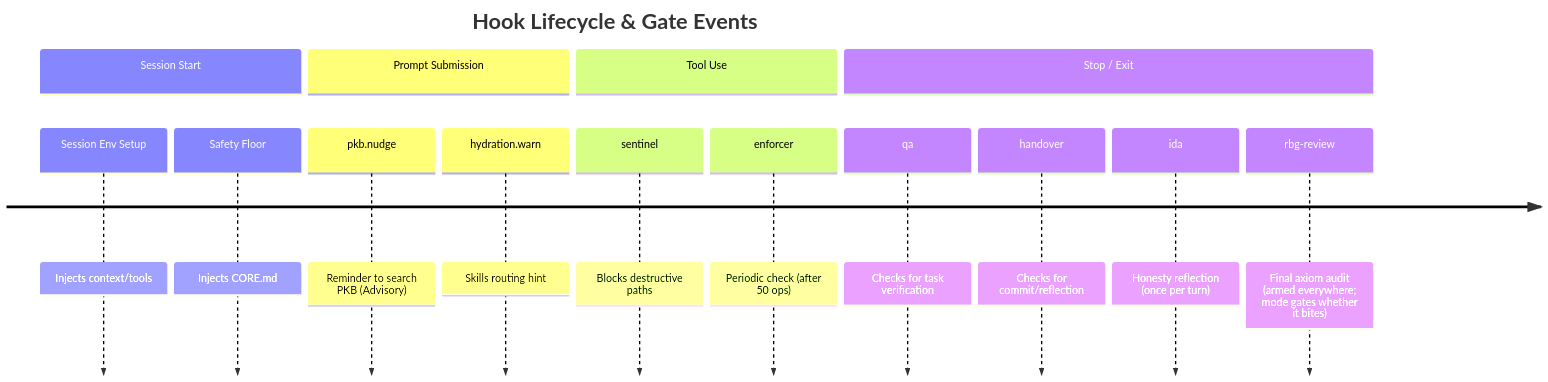
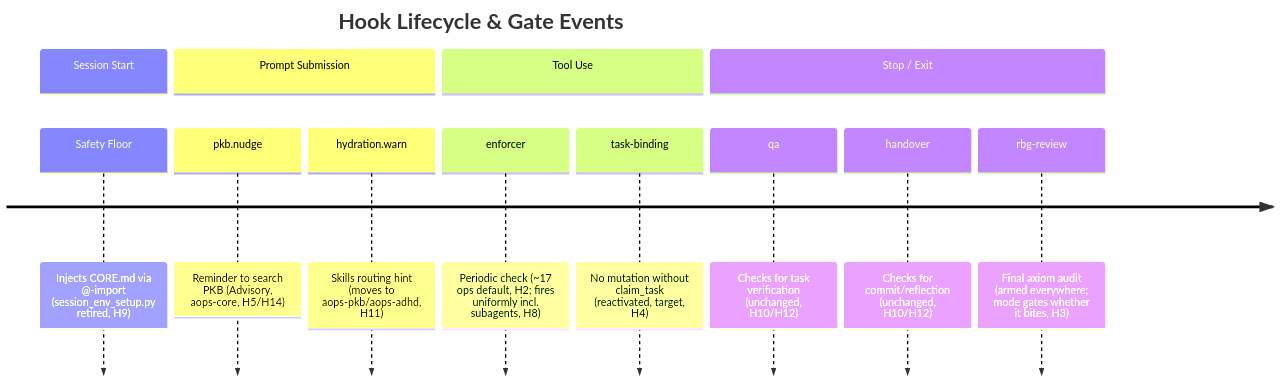
The diagram in specs/enforcement/GATES.md (nicsuzor/academicOps), drawn with Mermaid before and after one commit. The commit also changed other lines of this file and 4 other files, not shown here.

First line of the commit message:
spec(enforcement): redraft ENFORCEMENT-MAP/GATES/enforcement.md per hooks-disposition rulings H1–H18 (aops-3bcdc859)

````diff
--- a/specs/enforcement/GATES.md
+++ b/specs/enforcement/GATES.md
@@ -56,18 +57,16 @@
 ```mermaid
 timeline
     title Hook Lifecycle & Gate Events
     section Session Start
-        Session Env Setup : Injects context/tools
-        Safety Floor : Injects CORE.md
+        Safety Floor : Injects CORE.md via @-import (session_env_setup.py retired, H9)
     section Prompt Submission
-        pkb.nudge : Reminder to search PKB (Advisory)
-        hydration.warn : Skills routing hint
+        pkb.nudge : Reminder to search PKB (Advisory, aops-core, H5/H14)
+        hydration.warn : Skills routing hint (moves to aops-pkb/aops-adhd, H11)
     section Tool Use
-        sentinel : Blocks destructive paths
-        enforcer : Periodic check (after 50 ops)
+        enforcer : Periodic check (~17 ops default, H2; fires uniformly incl. subagents, H8)
+        task-binding : No mutation without claim_task (reactivated, target, H4)
     section Stop / Exit
-        qa : Checks for task verification
-        handover : Checks for commit/reflection
-        ida : Honesty reflection (once per turn)
-        rbg-review : Final axiom audit (armed everywhere; mode gates whether it bites)
+        qa : Checks for task verification (unchanged, H10/H12)
+        handover : Checks for commit/reflection (unchanged, H10/H12)
+        rbg-review : Final axiom audit (armed everywhere; mode gates whether it bites, H3)
 ```
````
